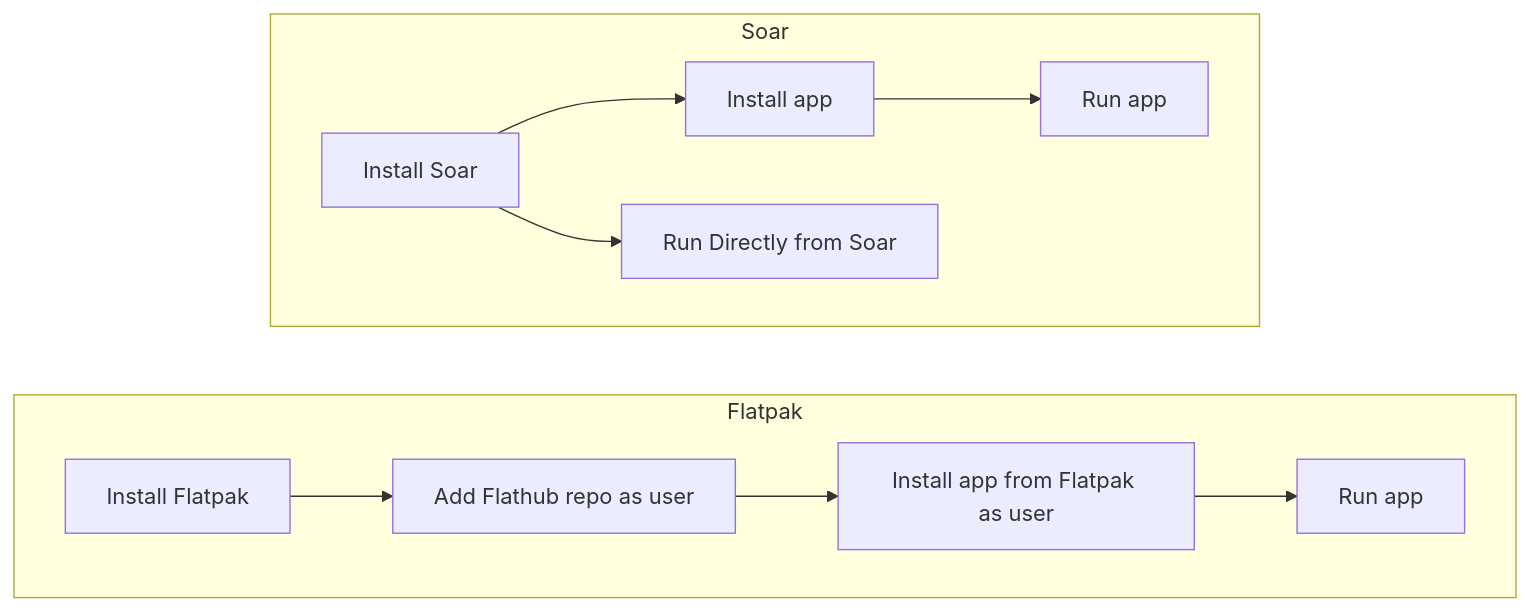
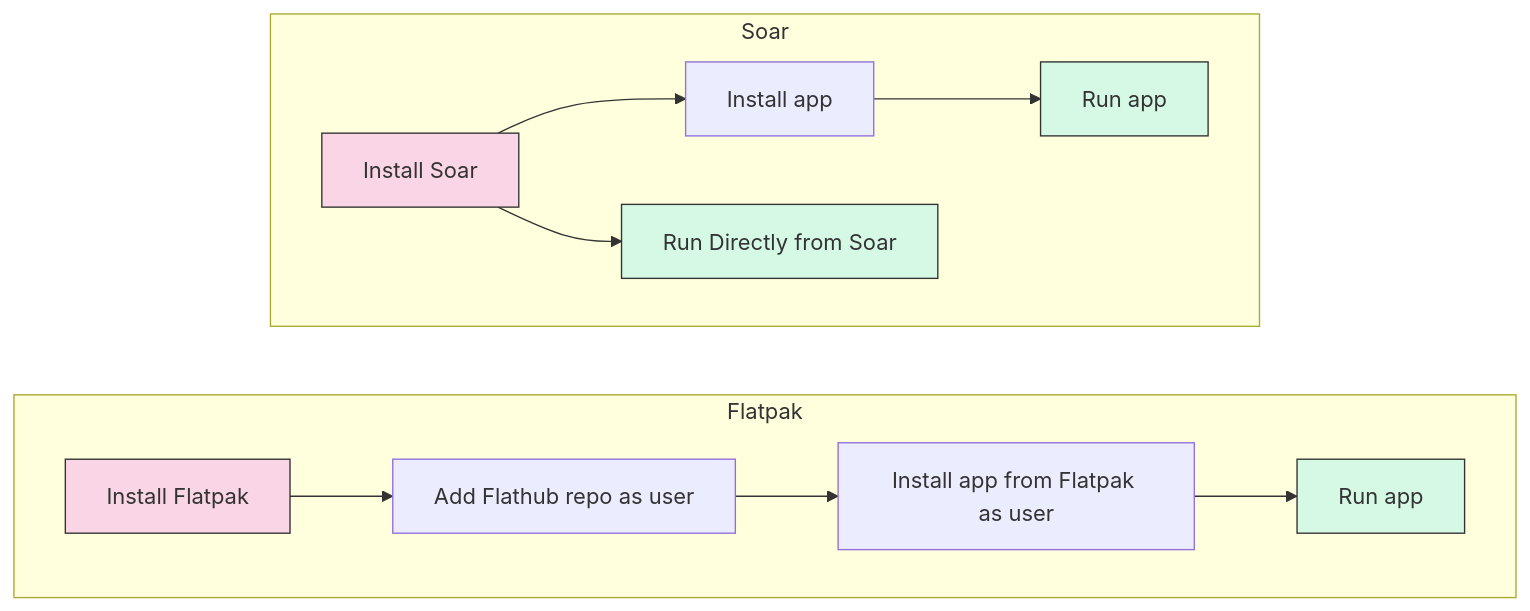
Before and after one commit to neotechclub/w3-foss-slides: the diagram in README.md, drawn with Mermaid.

Commit message:
Improve chart

````diff
--- a/README.md
+++ b/README.md
@@ -110,14 +110,19 @@
 ```mermaid
 graph LR
 subgraph Flatpak
     direction LR
     A2[Install Flatpak] --> B2[Add Flathub repo as user]
     B2 --> C2[Install app from Flatpak as user]
     C2 --> D2[Run app]
 end
 subgraph Soar
     direction LR
     A1[Install Soar] --> B1[Install app] --> C1[Run app]
     A1[Install Soar] --> B3[Run Directly from Soar]
 end
+style A1 fill:#f9d5e5,stroke:#333,stroke-width:2px; // Start node style for Soar
+style A2 fill:#f9d5e5,stroke:#333,stroke-width:2px; // Start node style for Flatpak
+style C1 fill:#d5f9e5,stroke:#333,stroke-width:2px; // End node style for Soar
+style B3 fill:#d5f9e5,stroke:#333,stroke-width:2px; // End node style for Soar
+style D2 fill:#d5f9e5,stroke:#333,stroke-width:2px; // End node style for Flatpak
 ```
````
